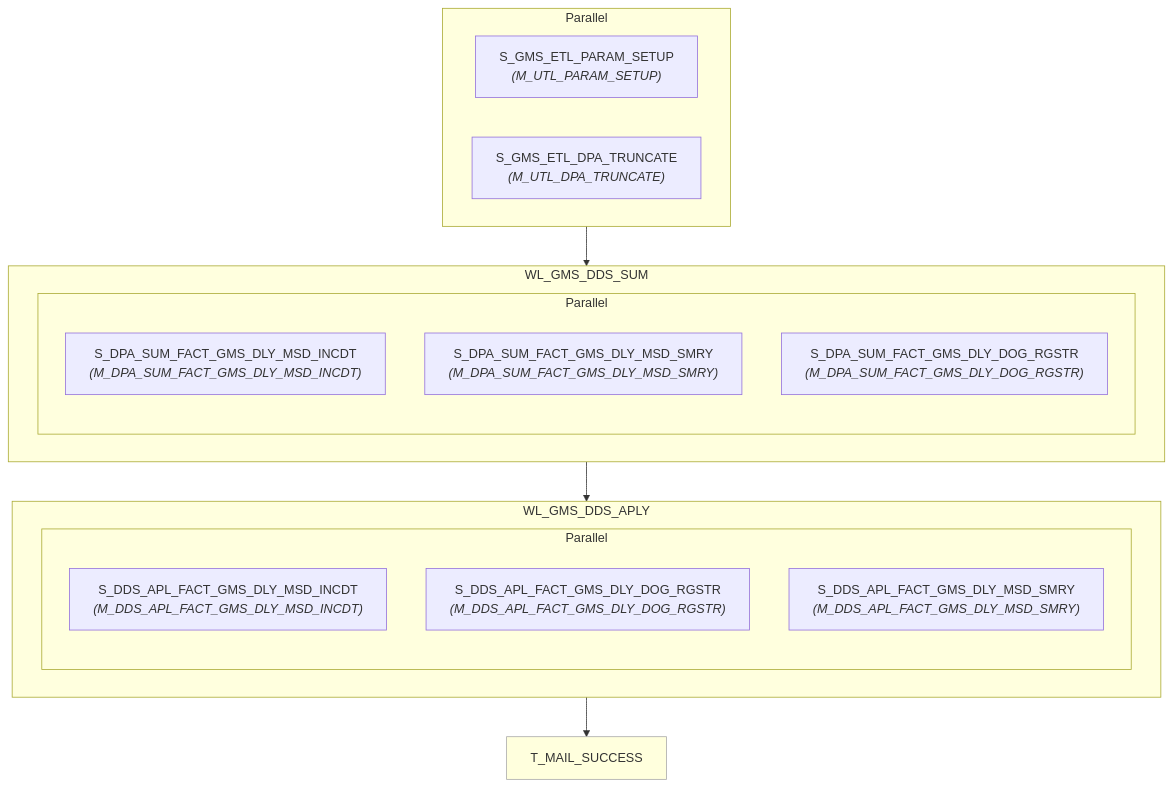
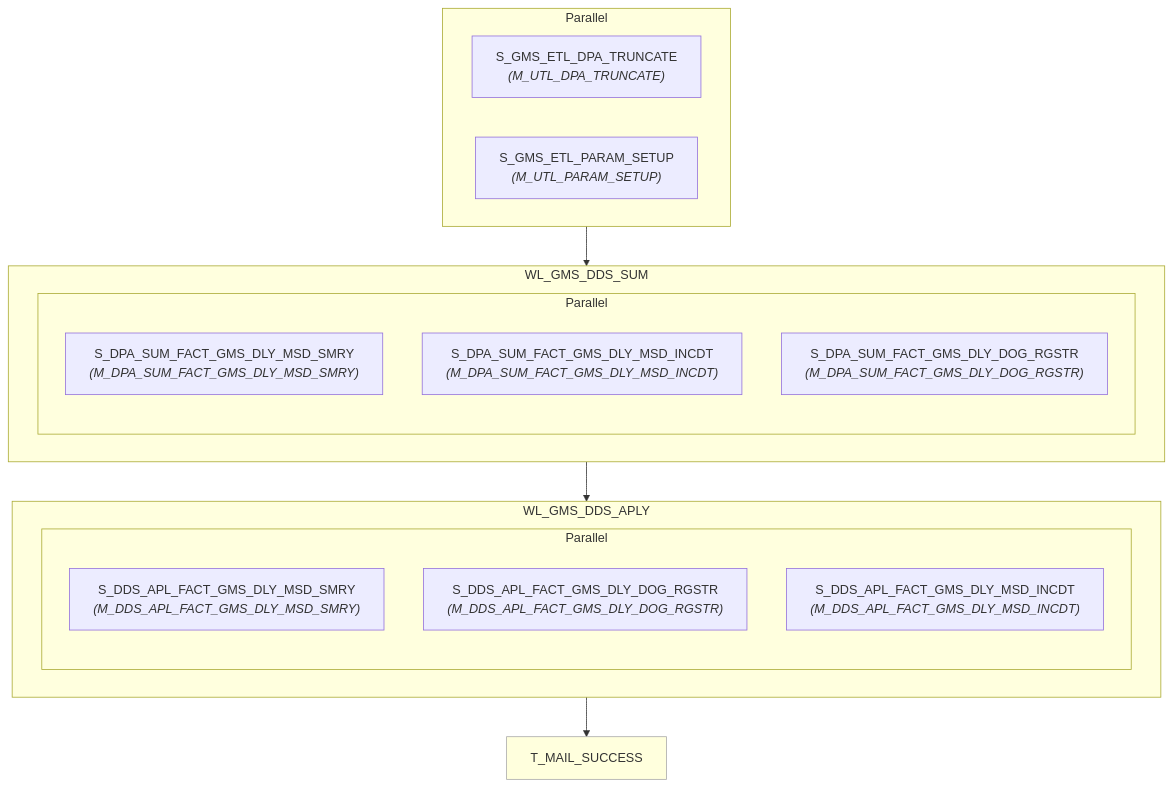
The diagram in informatica/PySpark_workflows/dds/WF_GMS_DDS_APLY_DLY/wf_gms_dds_aply_dly.md (asl-adamxu/informatica-sparker-poc), drawn with Mermaid before and after one commit. The commit also changed 178 other files, not shown here.

````diff
--- a/informatica/PySpark_workflows/dds/WF_GMS_DDS_APLY_DLY/wf_gms_dds_aply_dly.md
+++ b/informatica/PySpark_workflows/dds/WF_GMS_DDS_APLY_DLY/wf_gms_dds_aply_dly.md
@@ -7,34 +7,34 @@
 ```mermaid
 flowchart TD
-    n1["S_GMS_ETL_PARAM_SETUP<br/><i>(M_UTL_PARAM_SETUP)</i>"]
-    n2["S_GMS_ETL_DPA_TRUNCATE<br/><i>(M_UTL_DPA_TRUNCATE)</i>"]
+    n1["S_GMS_ETL_DPA_TRUNCATE<br/><i>(M_UTL_DPA_TRUNCATE)</i>"]
+    n2["S_GMS_ETL_PARAM_SETUP<br/><i>(M_UTL_PARAM_SETUP)</i>"]
     subgraph pg3[Parallel]
         n1
         n2
     end
     subgraph wkl4["WL_GMS_DDS_SUM"]
-    n5["S_DPA_SUM_FACT_GMS_DLY_MSD_INCDT<br/><i>(M_DPA_SUM_FACT_GMS_DLY_MSD_INCDT)</i>"]
-    n6["S_DPA_SUM_FACT_GMS_DLY_MSD_SMRY<br/><i>(M_DPA_SUM_FACT_GMS_DLY_MSD_SMRY)</i>"]
+    n5["S_DPA_SUM_FACT_GMS_DLY_MSD_SMRY<br/><i>(M_DPA_SUM_FACT_GMS_DLY_MSD_SMRY)</i>"]
+    n6["S_DPA_SUM_FACT_GMS_DLY_MSD_INCDT<br/><i>(M_DPA_SUM_FACT_GMS_DLY_MSD_INCDT)</i>"]
     n7["S_DPA_SUM_FACT_GMS_DLY_DOG_RGSTR<br/><i>(M_DPA_SUM_FACT_GMS_DLY_DOG_RGSTR)</i>"]
     subgraph pg8[Parallel]
         n5
         n6
         n7
     end
     end
     subgraph wkl9["WL_GMS_DDS_APLY"]
-    n10["S_DDS_APL_FACT_GMS_DLY_MSD_INCDT<br/><i>(M_DDS_APL_FACT_GMS_DLY_MSD_INCDT)</i>"]
+    n10["S_DDS_APL_FACT_GMS_DLY_MSD_SMRY<br/><i>(M_DDS_APL_FACT_GMS_DLY_MSD_SMRY)</i>"]
     n11["S_DDS_APL_FACT_GMS_DLY_DOG_RGSTR<br/><i>(M_DDS_APL_FACT_GMS_DLY_DOG_RGSTR)</i>"]
-    n12["S_DDS_APL_FACT_GMS_DLY_MSD_SMRY<br/><i>(M_DDS_APL_FACT_GMS_DLY_MSD_SMRY)</i>"]
+    n12["S_DDS_APL_FACT_GMS_DLY_MSD_INCDT<br/><i>(M_DDS_APL_FACT_GMS_DLY_MSD_INCDT)</i>"]
     subgraph pg13[Parallel]
         n10
         n11
         n12
     end
     end
     n14["T_MAIL_SUCCESS"]
     style n14 fill:#ffd,stroke:#aaa,stroke-width:1px
     pg3 --> wkl4
     wkl4 --> wkl9
     wkl9 --> n14
 ```
````
